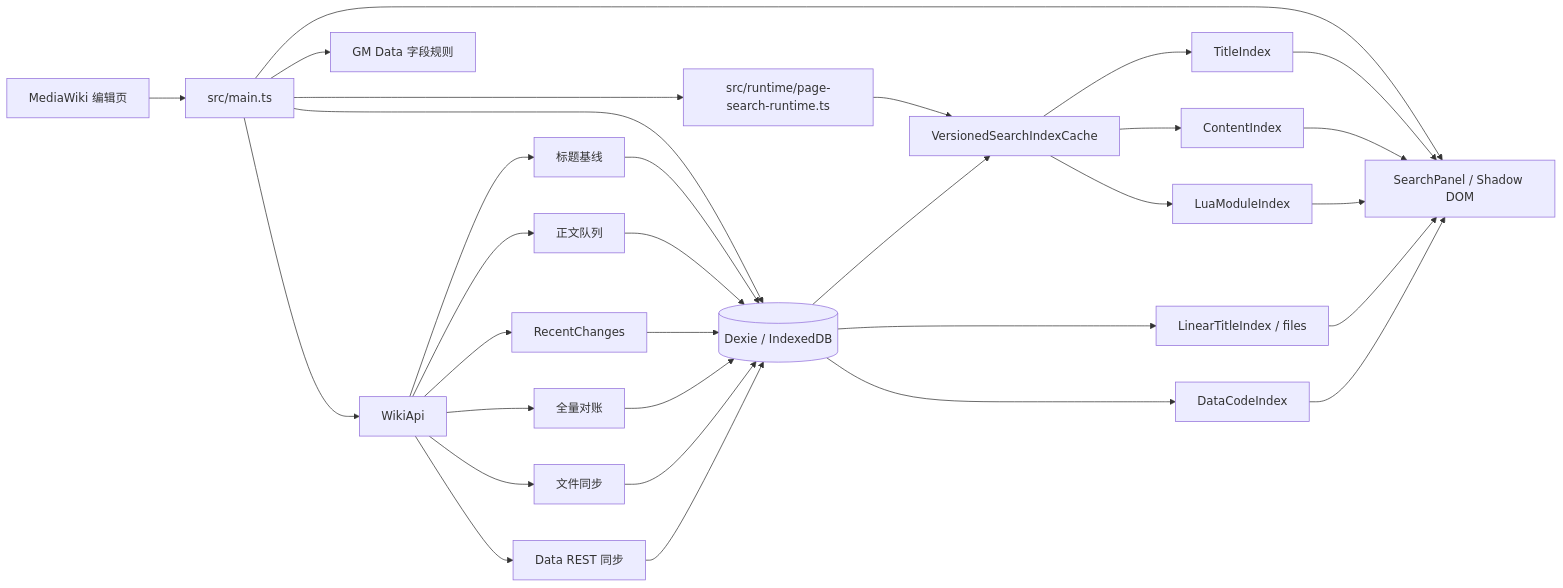
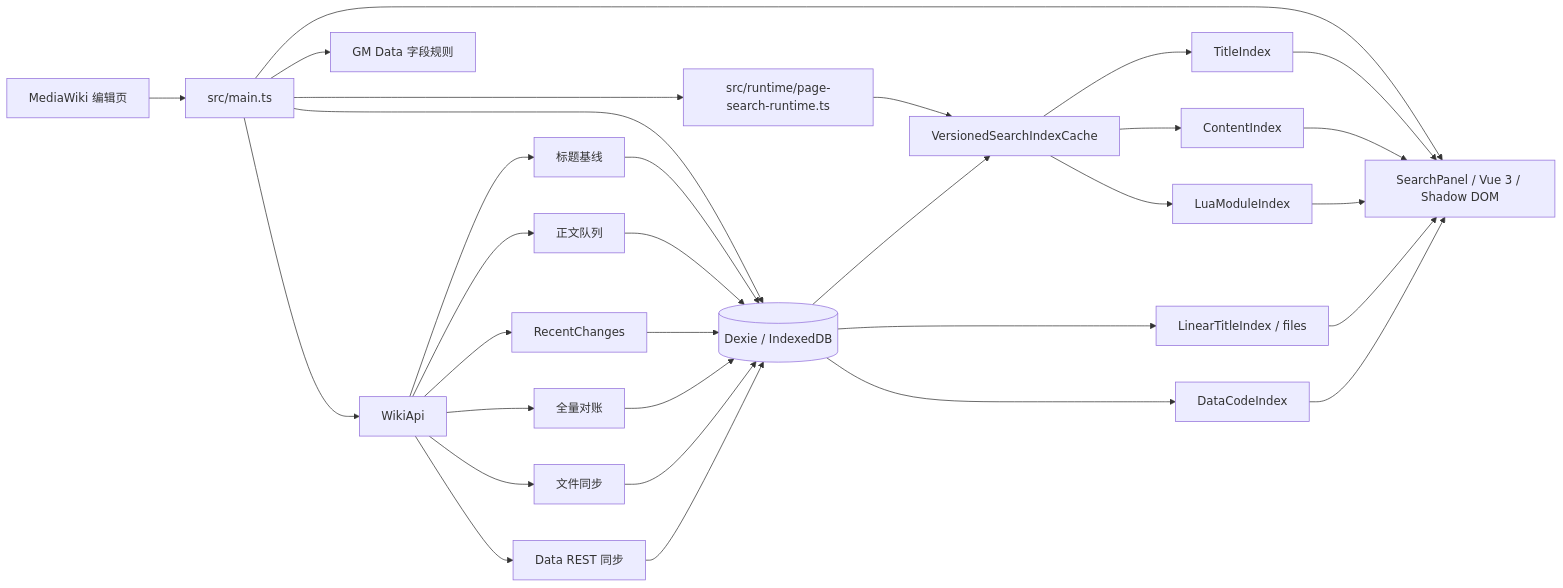
The first of 2 diagrams in ARCHITECTURE.md (CUWikiBotCN/cu-wiki-search-companion), drawn with Mermaid before and after one commit. The commit also changed other lines of this file and 7 other files, not shown here.

```diff
--- a/ARCHITECTURE.md
+++ b/ARCHITECTURE.md
@@ -22,37 +22,37 @@
 ~~~mermaid
 flowchart LR
   MW[MediaWiki 编辑页] --> Entry[src/main.ts]
-  Entry --> UI[SearchPanel / Shadow DOM]
+  Entry --> UI[SearchPanel / Vue 3 / Shadow DOM]
   Entry --> API[WikiApi]
   Entry --> DB[(Dexie / IndexedDB)]
   Entry --> Pref[GM Data 字段规则]
   Entry --> PageRuntime[src/runtime/page-search-runtime.ts]
   PageRuntime --> Cache[VersionedSearchIndexCache]
 
   API --> TitleSync[标题基线]
   API --> ContentSync[正文队列]
   API --> RC[RecentChanges]
   API --> Recon[全量对账]
   API --> FileSync[文件同步]
   API --> DataSync[Data REST 同步]
 
   TitleSync --> DB
   ContentSync --> DB
   RC --> DB
   Recon --> DB
   FileSync --> DB
   DataSync --> DB
 
   DB --> Cache[VersionedSearchIndexCache]
   Cache --> TitleIndex[TitleIndex]
   Cache --> ContentIndex[ContentIndex]
   Cache --> LuaIndex[LuaModuleIndex]
   DB --> FileIndex[LinearTitleIndex / files]
   DB --> DataIndex[DataCodeIndex]
 
   TitleIndex --> UI
   ContentIndex --> UI
   LuaIndex --> UI
   FileIndex --> UI
   DataIndex --> UI
 ~~~
```
